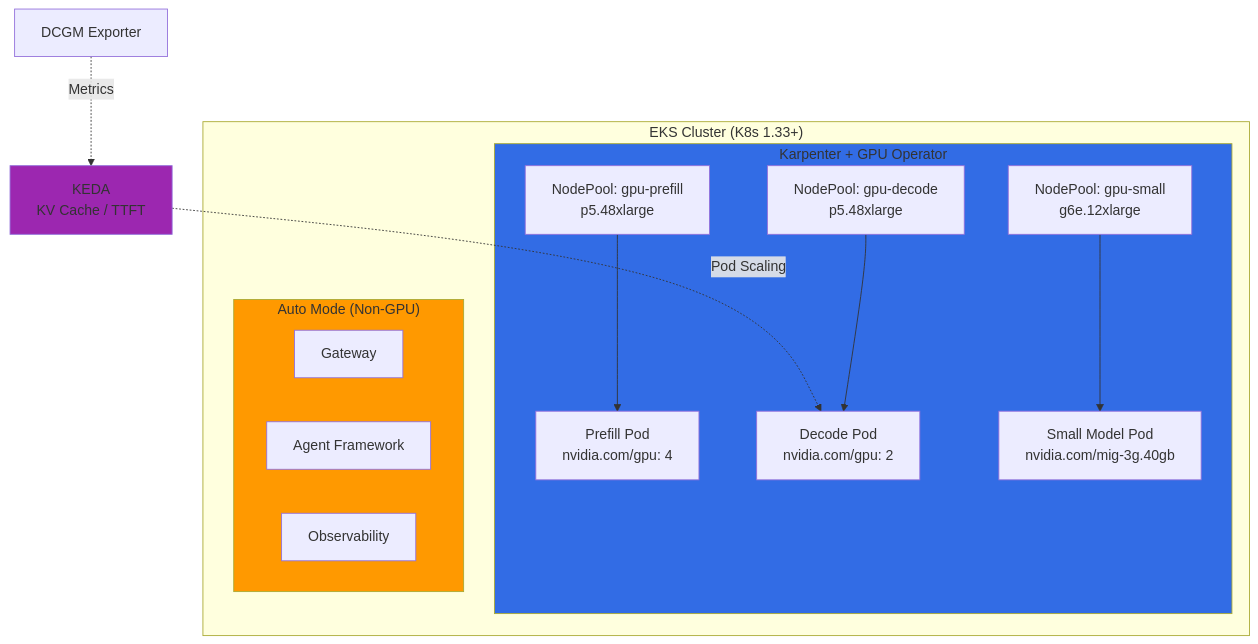
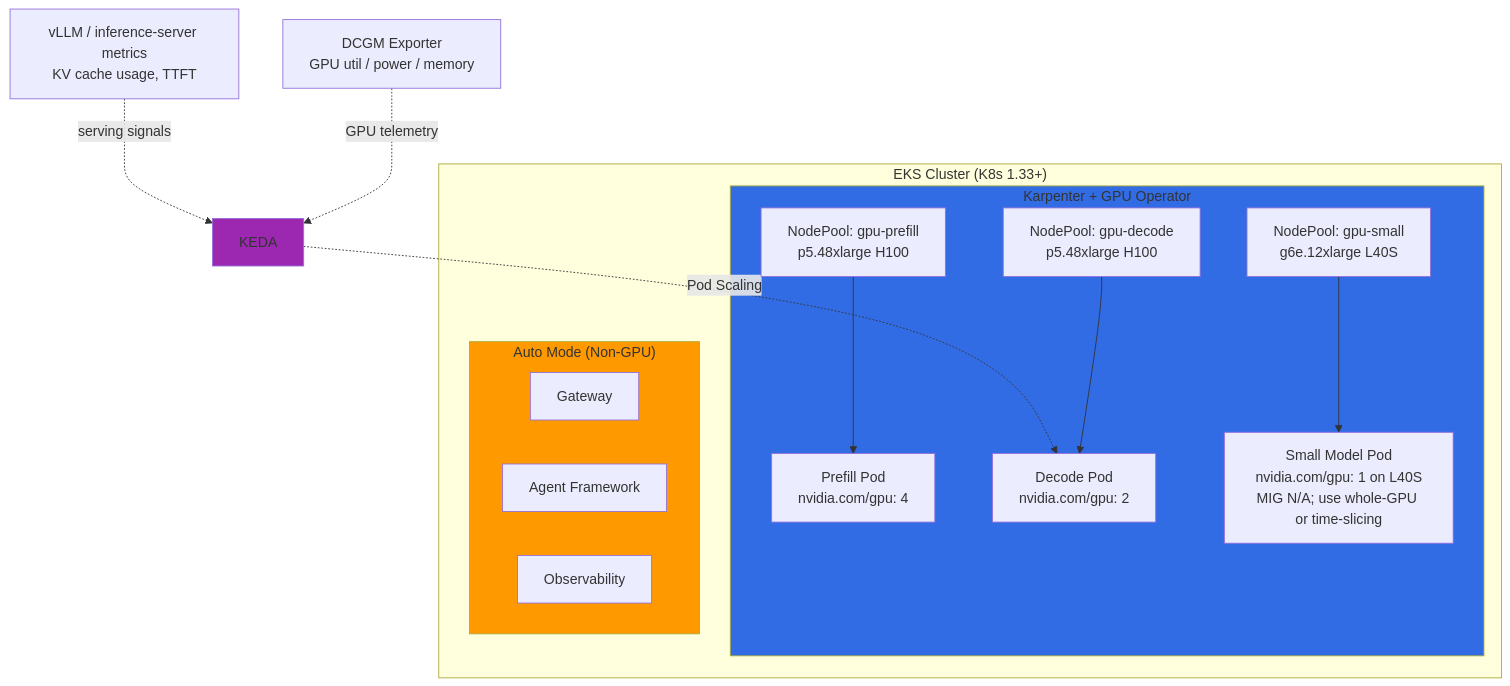
The third of 5 diagrams in docs/agentic-ai-platform/model-serving/gpu-infrastructure/eks-gpu-node-strategy.md (devfloor9/engineering-playbook), drawn with Mermaid before and after one commit. The commit also changed other lines of this file and 20 other files, not shown here.

````diff
--- a/docs/agentic-ai-platform/model-serving/gpu-infrastructure/eks-gpu-node-strategy.md
+++ b/docs/agentic-ai-platform/model-serving/gpu-infrastructure/eks-gpu-node-strategy.md
@@ -349,30 +406,31 @@
 ```mermaid
 flowchart TB
     subgraph Cluster["EKS Cluster (K8s 1.33+)"]
         subgraph KarpGPU["Karpenter + GPU Operator"]
-            NP_PF[NodePool: gpu-prefill<br/>p5.48xlarge]
-            NP_DC[NodePool: gpu-decode<br/>p5.48xlarge]
-            NP_SM[NodePool: gpu-small<br/>g6e.12xlarge]
+            NP_PF[NodePool: gpu-prefill<br/>p5.48xlarge H100]
+            NP_DC[NodePool: gpu-decode<br/>p5.48xlarge H100]
+            NP_SM[NodePool: gpu-small<br/>g6e.12xlarge L40S]
             PF[Prefill Pod<br/>nvidia.com/gpu: 4]
             DC[Decode Pod<br/>nvidia.com/gpu: 2]
-            SM[Small Model Pod<br/>nvidia.com/mig-3g.40gb]
+            SM[Small Model Pod<br/>nvidia.com/gpu: 1 on L40S<br/>MIG N/A; use whole-GPU or time-slicing]
         end
 
         subgraph AutoMode["Auto Mode (Non-GPU)"]
             GW[Gateway]
             AGENT[Agent Framework]
             MON[Observability]
         end
     end
 
-    KEDA[KEDA<br/>KV Cache / TTFT] -.->|Pod Scaling| DC
-    DCGM[DCGM Exporter] -.->|Metrics| KEDA
+    KEDA[KEDA] -.->|Pod Scaling| DC
+    VLLMM[vLLM / inference-server metrics<br/>KV cache usage, TTFT] -.->|serving signals| KEDA
+    DCGM[DCGM Exporter<br/>GPU util / power / memory] -.->|GPU telemetry| KEDA
 
     NP_PF --> PF
     NP_DC --> DC
     NP_SM --> SM
 
     style KarpGPU fill:#326ce5
     style AutoMode fill:#ff9900
     style KEDA fill:#9c27b0
 ```
````
